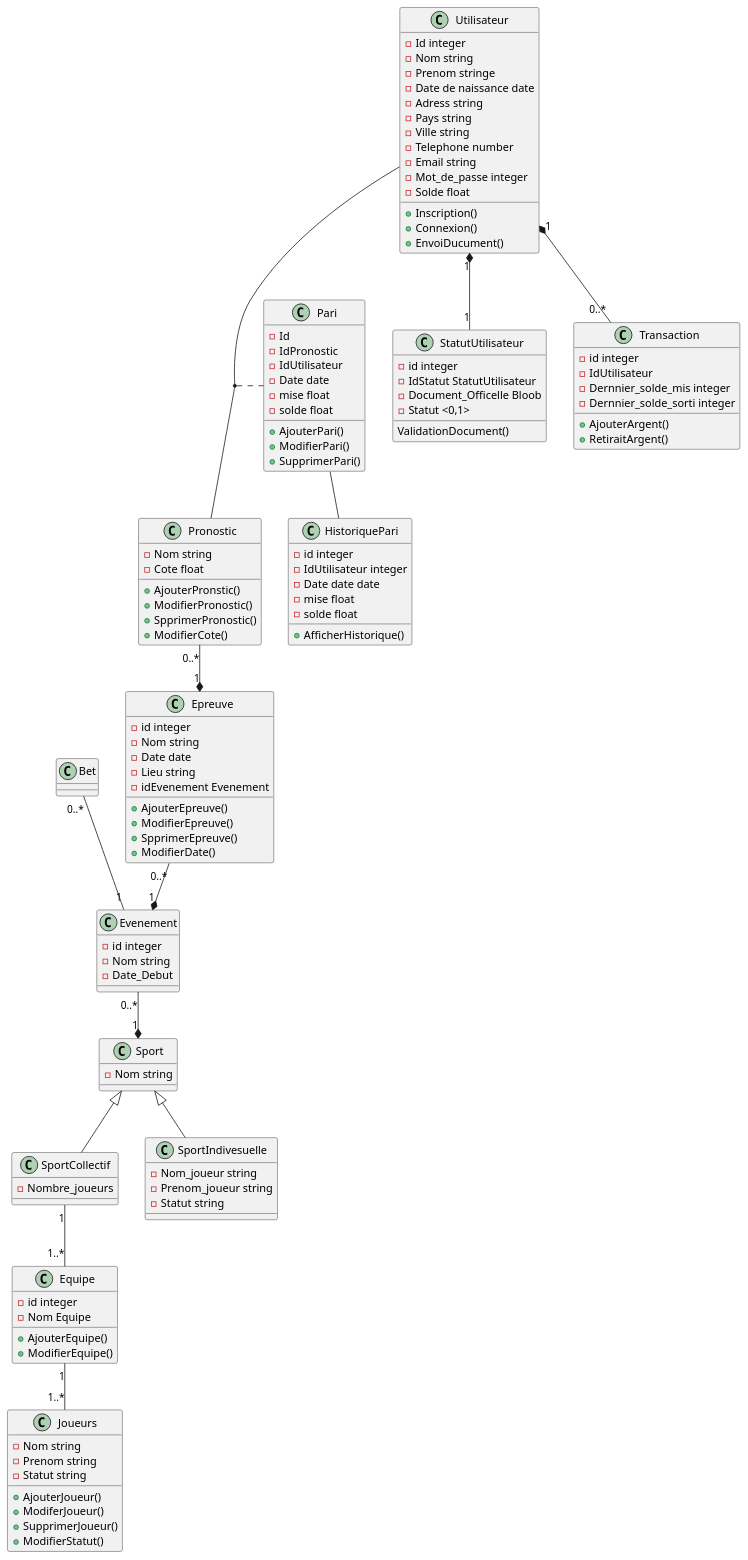
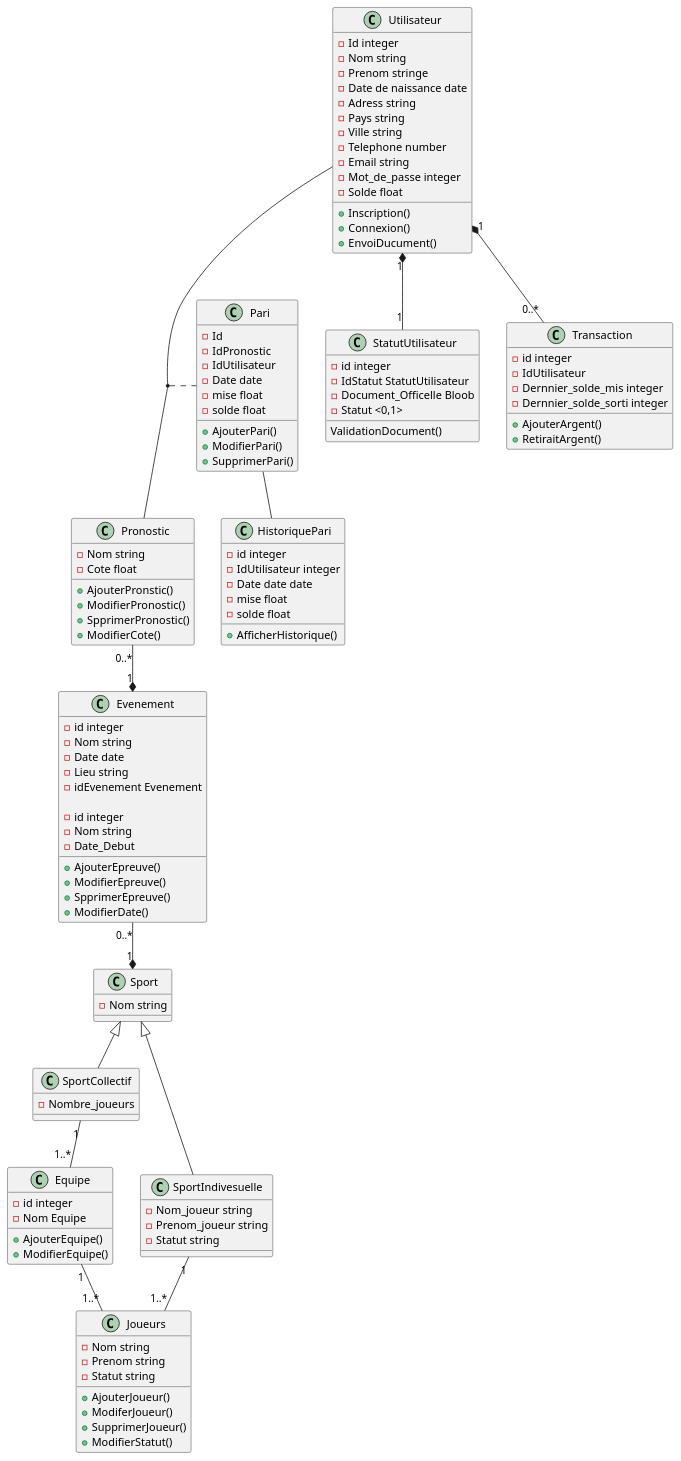
The diagram in Conception/pariSportif.puml (OFP-CDA-Mulhouse-2020/parisportif4), drawn with PlantUML before and after one commit. The commit also changed 5 other files, not shown here.

```diff
--- a/Conception/pariSportif.puml
+++ b/Conception/pariSportif.puml
@@ -1,134 +1,134 @@
 @startuml
 
 class Utilisateur {
     - Id integer
     - Nom string
     - Prenom stringe
     - Date de naissance date
     - Adress string
     - Pays string
     - Ville string
     - Telephone number
     - Email string
     - Mot_de_passe integer
     - Solde float
 
     + Inscription()
     + Connexion()
     + EnvoiDucument()
 }
 class StatutUtilisateur {
     - id integer
     - IdStatut StatutUtilisateur
     - Document_Officelle Bloob
     - Statut <0,1>
 
     ValidationDocument()
 }
 
 class Transaction {
     - id integer
     - IdUtilisateur
     - Dernnier_solde_mis integer
     - Dernnier_solde_sorti integer
 
     + AjouterArgent()
     + RetiraitArgent()
 }
 
 class Pari {
     - Id
     - IdPronostic
     - IdUtilisateur
     - Date date
     - mise float
     - solde float
 
     + AjouterPari()
     + ModifierPari()
     + SupprimerPari()
 }
 
 
 class Pronostic {
     - Nom string
     - Cote float
 
     + AjouterPronstic()
     + ModifierPronostic()
     + SpprimerPronostic()
     + ModifierCote()
 }
 
-class Epreuve {
+class Evenement {
     - id integer
     - Nom string
     - Date date
     - Lieu string
     - idEvenement Evenement
 
     + AjouterEpreuve()
     + ModifierEpreuve()
     + SpprimerEpreuve()
     + ModifierDate()
 }
 
 class Evenement {
     - id integer
     - Nom string
     - Date_Debut
 }
 
 class Sport {
     - Nom string
 }
 class SportCollectif {
     - Nombre_joueurs
 }
 class Equipe {
     - id integer
     - Nom Equipe
 
     + AjouterEquipe()
     + ModifierEquipe()
 }
 class Joueurs {
     - Nom string
     - Prenom string
     - Statut string
 
     + AjouterJoueur()
     + ModiferJoueur()
     + SupprimerJoueur()
     + ModifierStatut()
 }
 
 class SportIndivesuelle {
     - Nom_joueur string
     - Prenom_joueur string
     - Statut string
 }
 class HistoriquePari {
     - id integer
     - IdUtilisateur integer
     - Date date date
     - mise float
     - solde float
 
     + AfficherHistorique()
 }
 
 
 (Utilisateur, Pronostic) . Pari
 Utilisateur "1" *-- "0..*" Transaction
 Utilisateur "1" *-- "1" StatutUtilisateur
-Pronostic "0..*" --* "1" Epreuve
-Epreuve "0..*" --* "1" Evenement
+Pronostic "0..*" --* "1" Evenement
+
 Evenement "0..*" --* "1" Sport
-Bet "0..*" -- "1" Evenement
 Sport <|-- SportIndivesuelle
 Sport <|-- SportCollectif
 SportCollectif "1" -- "1..*" Equipe
 Equipe "1" -- "1..*" Joueurs
 Pari -- HistoriquePari
+SportIndivesuelle "1" -- "1..*" Joueurs
 @enduml
```
